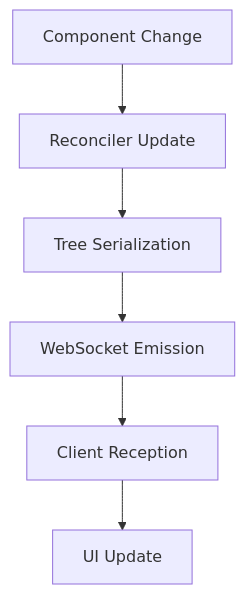
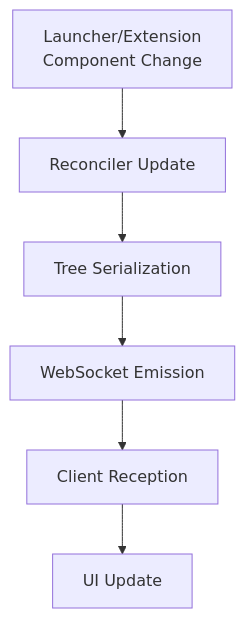
Before and after one commit to BlastLauncher/blast: the second of 3 diagrams in docs/app_flow.md, drawn with Mermaid. The commit also changed other lines of this file, not shown here.

Commit message:
docs: update app flow

````diff
--- a/docs/app_flow.md
+++ b/docs/app_flow.md
@@ -157,8 +164,8 @@
 ```mermaid
 graph TD
-    A[Component Change] --> B[Reconciler Update]
+    A[Launcher/Extension<br/>Component Change] --> B[Reconciler Update]
     B --> C[Tree Serialization]
     C --> D[WebSocket Emission]
     D --> E[Client Reception]
     E --> F[UI Update]
 ```
````
